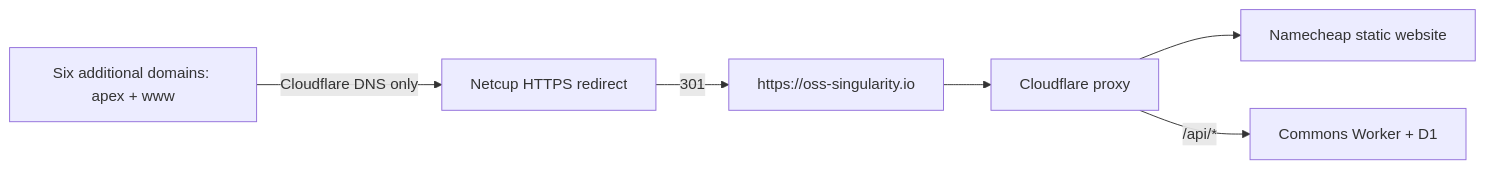
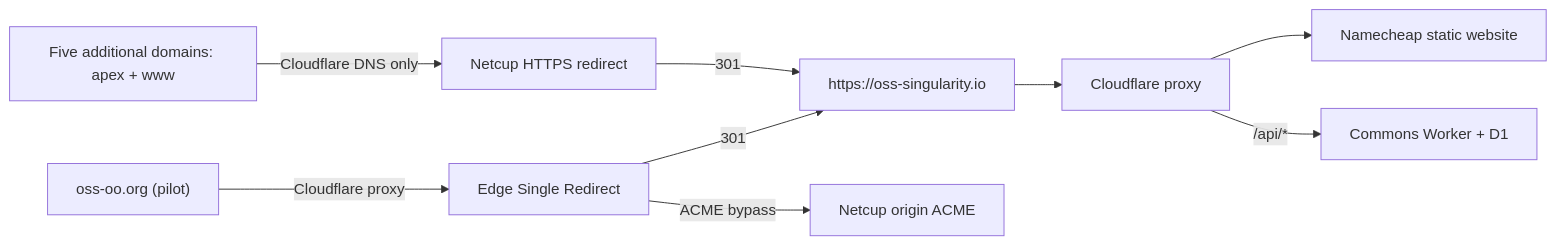
Before and after one commit to oss-singularity/website: the diagram in docs/domains.md, drawn with Mermaid. The commit also changed other lines of this file and 6 other files, not shown here.

First line of the commit message:
Add retry for transient http_bytes_mismatch, Cloudflare adapter, and Edge pilot docs

````diff
--- a/docs/domains.md
+++ b/docs/domains.md
@@ -27,8 +27,11 @@
 ```mermaid
 flowchart LR
-    aliases["Six additional domains: apex + www"] -->|"Cloudflare DNS only"| netcup["Netcup HTTPS redirect"]
-    netcup -->|"301"| canonical["https://oss-singularity.io"]
+    aliases["Five additional domains: apex + www"] -->|"Cloudflare DNS only"| netcup["Netcup HTTPS redirect"]
+    oss_oo["oss-oo.org (pilot)"] -->|"Cloudflare proxy"| edge_redirect["Edge Single Redirect"]
+    edge_redirect -->|"301"| canonical["https://oss-singularity.io"]
+    edge_redirect -->|"ACME bypass"| netcup_acme["Netcup origin ACME"]
+    netcup -->|"301"| canonical
     canonical --> edge["Cloudflare proxy"]
     edge --> static["Namecheap static website"]
     edge -->|"/api/*"| commons["Commons Worker + D1"]
 ```
````
